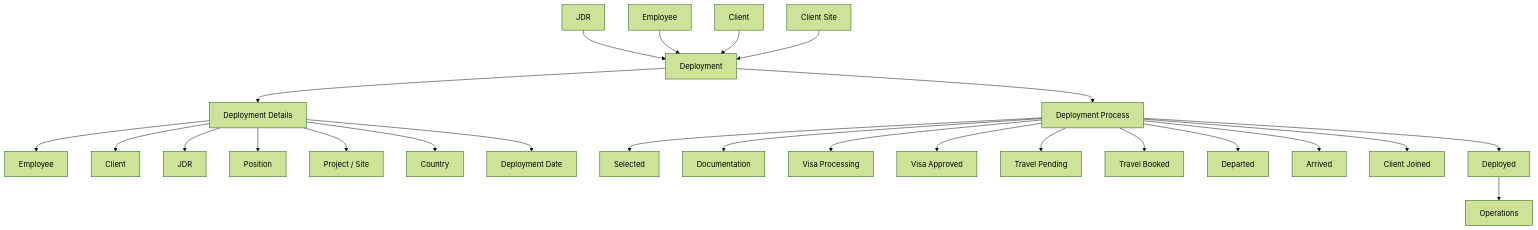
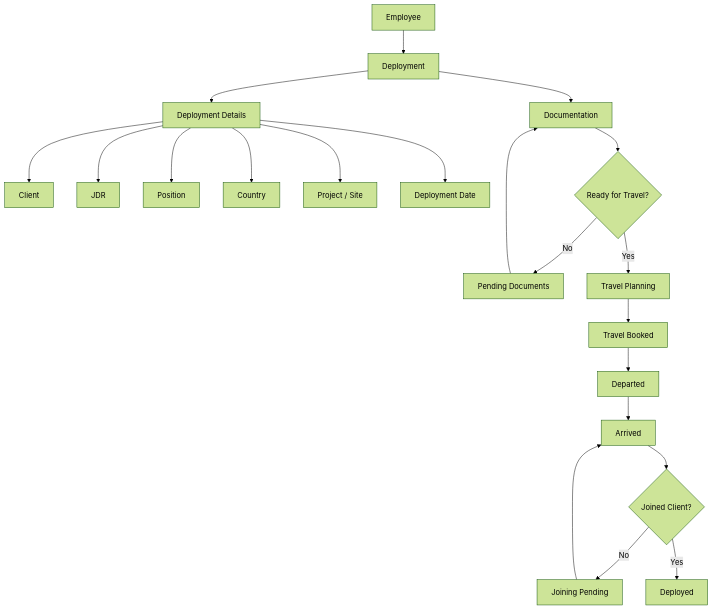
One commit to Plug0007/erpnext-niglobal changed diagram 13 of 25 in README.md. Above: the diagram before and after it, drawn with Mermaid (forest theme). The commit also changed other lines of this file, not shown here.

````diff
--- a/README.md
+++ b/README.md
@@ -692,38 +764,35 @@
 ```mermaid
 flowchart TD
     %% =========================================================
     %% DEPLOYMENT
-    %% Employee assignment and overseas movement lifecycle.
+    %% Overseas employee deployment.
     %% =========================================================
 
-    A[JDR] --> B[Deployment]
-    C[Employee] --> B
-    D[Client] --> B
-    E[Client Site] --> B
+    A["Employee"]
+    A --> B["Deployment"]
 
-    %% Deployment master information.
-    B --> F[Deployment Details]
-    F --> F1[Employee]
-    F --> F2[Client]
-    F --> F3[JDR]
-    F --> F4[Position]
-    F --> F5[Project / Site]
-    F --> F6[Country]
-    F --> F7[Deployment Date]
+    B --> C["Deployment Details"]
+    C --> C1["Client"]
+    C --> C2["JDR"]
+    C --> C3["Position"]
+    C --> C4["Country"]
+    C --> C5["Project / Site"]
+    C --> C6["Deployment Date"]
 
-    %% Operational deployment workflow.
-    B --> G[Deployment Process]
-    G --> G1[Selected]
-    G --> G2[Documentation]
-    G --> G3[Visa Processing]
-    G --> G4[Visa Approved]
-    G --> G5[Travel Pending]
-    G --> G6[Travel Booked]
-    G --> G7[Departed]
-    G --> G8[Arrived]
-    G --> G9[Client Joined]
-    G --> G10[Deployed]
+    B --> D["Documentation"]
+    D --> E{"Ready for Travel?"}
 
-    %% Deployed employees enter operational management.
-    G10 --> H[Operations]
+    E -->|No| F["Pending Documents"]
+    F --> D
+
+    E -->|Yes| G["Travel Planning"]
+    G --> H["Travel Booked"]
+    H --> I["Departed"]
+    I --> J["Arrived"]
+
+    J --> K{"Joined Client?"}
+    K -->|No| L["Joining Pending"]
+    L --> J
+
+    K -->|Yes| M["Deployed"]
 ```
````
